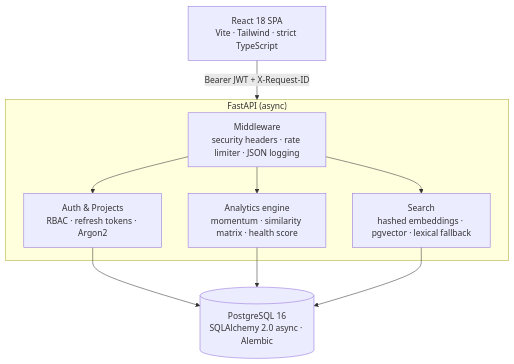
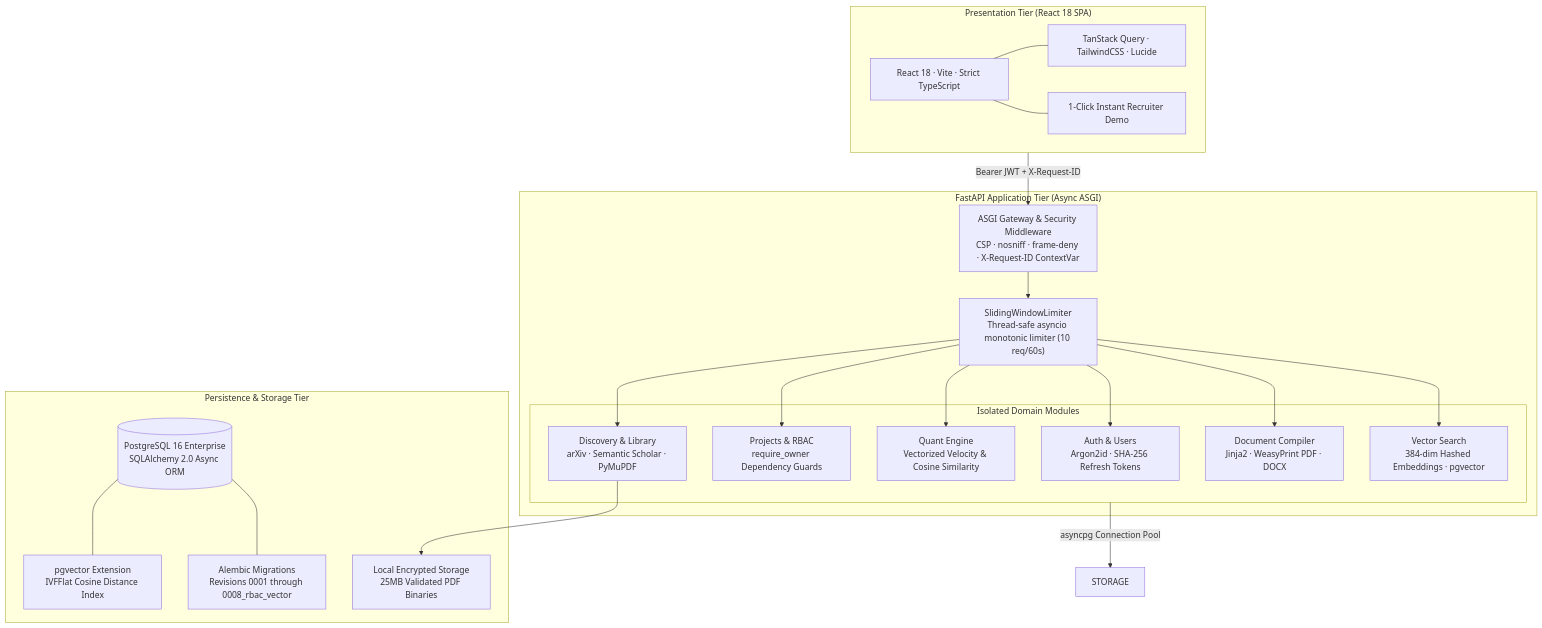
Before and after one commit to Arushi-1011/researchforge: the diagram in README.md, drawn with Mermaid. The commit also changed other lines of this file and 1 other file, not shown here.

Commit message:
docs: finalize 10/10 portfolio README with complete architecture, benchmarks, and MIT license

````diff
--- a/README.md
+++ b/README.md
@@ -38,12 +64,43 @@
 ```mermaid
 flowchart TD
-    UI["React 18 SPA<br/>Vite · Tailwind · strict TypeScript"] -->|"Bearer JWT + X-Request-ID"| API
-    subgraph API["FastAPI (async)"]
-        MW["Middleware<br/>security headers · rate limiter · JSON logging"]
-        AUTH["Auth & Projects<br/>RBAC · refresh tokens · Argon2"]
-        QUANT["Analytics engine<br/>momentum · similarity matrix · health score"]
-        AI["Search<br/>hashed embeddings · pgvector · lexical fallback"]
-        MW --> AUTH & QUANT & AI
+    subgraph Client["Presentation Tier (React 18 SPA)"]
+        SPA["React 18 · Vite · Strict TypeScript"]
+        UI_STORE["TanStack Query · TailwindCSS · Lucide"]
+        DEMO_BTN["1-Click Instant Recruiter Demo"]
+        SPA --- UI_STORE
+        SPA --- DEMO_BTN
     end
-    AUTH & QUANT & AI --> DB[("PostgreSQL 16<br/>SQLAlchemy 2.0 async · Alembic")]
+
+    Client -->|"Bearer JWT + X-Request-ID"| GATEWAY
+
+    subgraph Server["FastAPI Application Tier (Async ASGI)"]
+        GATEWAY["ASGI Gateway & Security Middleware<br/>CSP · nosniff · frame-deny · X-Request-ID ContextVar"]
+        LIMITER["SlidingWindowLimiter<br/>Thread-safe asyncio monotonic limiter (10 req/60s)"]
+        
+        GATEWAY --> LIMITER
+        
+        subgraph Modules["Isolated Domain Modules"]
+            AUTH["Auth & Users<br/>Argon2id · SHA-256 Refresh Tokens"]
+            PROJ["Projects & RBAC<br/>require_owner Dependency Guards"]
+            QUANT["Quant Engine<br/>Vectorized Velocity & Cosine Similarity"]
+            DISC["Discovery & Library<br/>arXiv · Semantic Scholar · PyMuPDF"]
+            DOCS["Document Compiler<br/>Jinja2 · WeasyPrint PDF · DOCX"]
+            AI["Vector Search<br/>384-dim Hashed Embeddings · pgvector"]
+        end
+
+        LIMITER --> AUTH & PROJ & QUANT & DISC & DOCS & AI
+    end
+
+    Modules -->|"asyncpg Connection Pool"| STORAGE
+
+    subgraph Storage["Persistence & Storage Tier"]
+        DB[("PostgreSQL 16 Enterprise<br/>SQLAlchemy 2.0 Async ORM")]
+        VECTOR["pgvector Extension<br/>IVFFlat Cosine Distance Index"]
+        MIGRATIONS["Alembic Migrations<br/>Revisions 0001 through 0008_rbac_vector"]
+        FILES["Local Encrypted Storage<br/>25MB Validated PDF Binaries"]
+        
+        DB --- VECTOR
+        DB --- MIGRATIONS
+        DISC --> FILES
+    end
 ```
````
